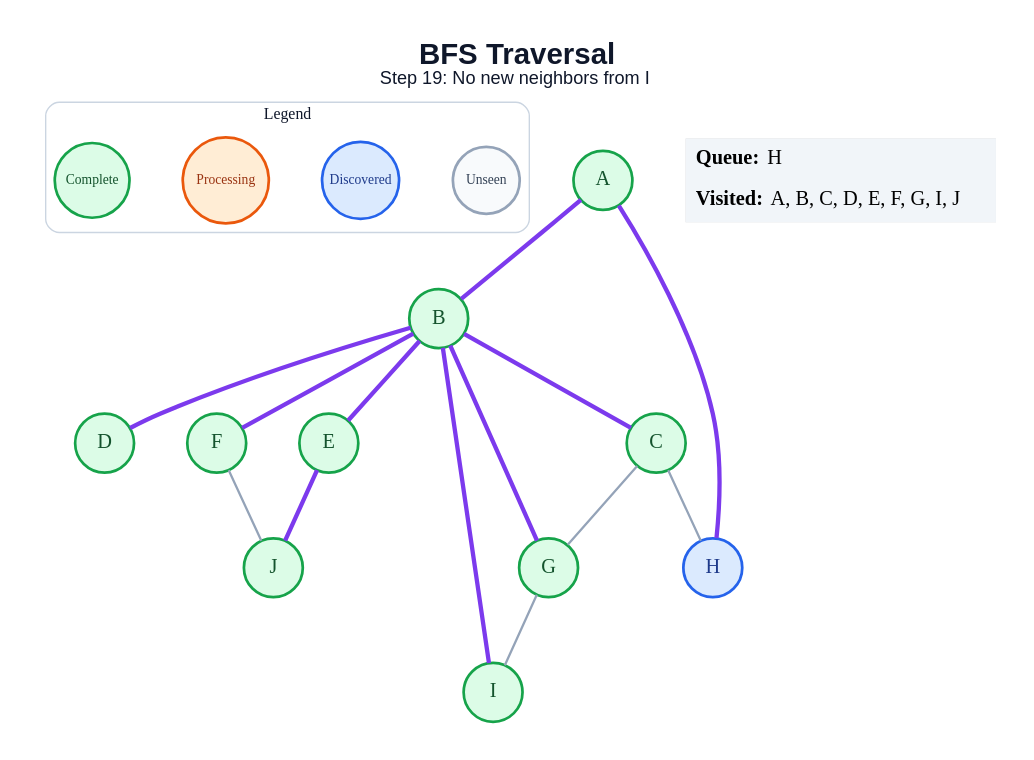
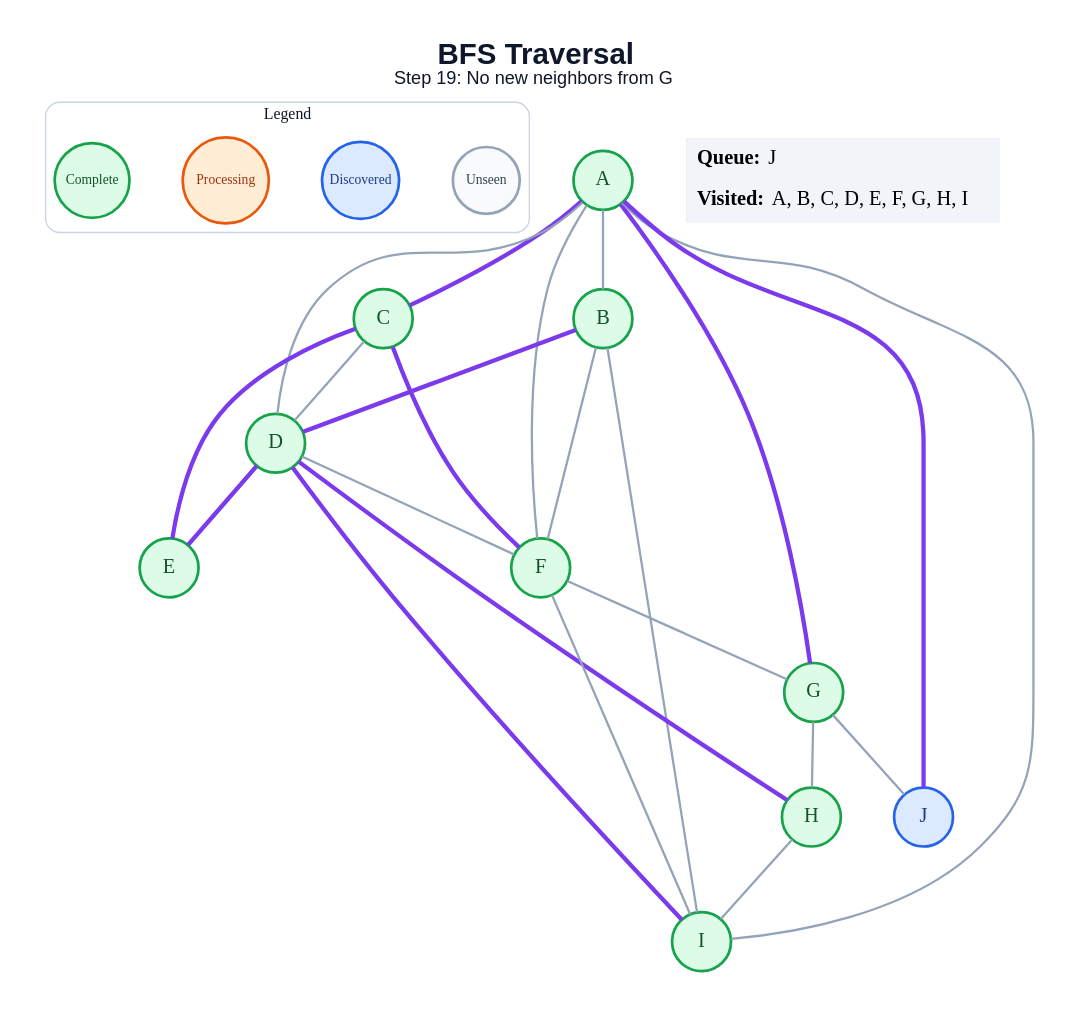
The diagram in generated/specific-node/bfs/step_19.dot (amanghodawala9/ai-slop), drawn with Graphviz before and after one commit. The commit also changed 178 other files, not shown here.

```diff
--- a/generated/specific-node/bfs/step_19.dot
+++ b/generated/specific-node/bfs/step_19.dot
@@ -1,42 +1,51 @@
 graph traversal {
   graph [layout=dot, rankdir=TB, bgcolor="#FFFFFF", pad="0.35", nodesep="0.65", ranksep="0.8", fontname="Arial"];
   node [shape=circle, style="filled", fontname="Arial Bold", fontsize=18, width=0.72, fixedsize=true, penwidth=2.4];
   edge [color="#94A3B8", penwidth=2.0];
-  label=<<B>BFS Traversal</B><BR/><FONT POINT-SIZE="16">Step 19: No new neighbors from I</FONT>>; labelloc="t"; fontsize=26; fontname="Arial"; fontcolor="#0F172A";
+  label=<<B>BFS Traversal</B><BR/><FONT POINT-SIZE="16">Step 19: No new neighbors from G</FONT>>; labelloc="t"; fontsize=26; fontname="Arial"; fontcolor="#0F172A";
   subgraph cluster_legend { label="Legend"; color="#CBD5E1"; penwidth=1.2; style="rounded"; fontsize=14; fontname="Arial Bold";
     key_unseen [label="Unseen", fillcolor="#F8FAFC", color="#94A3B8", fontcolor="#334155", fontsize=12, width=0.82];
     key_frontier [label="Discovered", fillcolor="#DBEAFE", color="#2563EB", fontcolor="#1E3A8A", fontsize=12, width=0.95];
     key_current [label="Processing", fillcolor="#FFEDD5", color="#EA580C", fontcolor="#9A3412", fontsize=12, width=1.05];
     key_done [label="Complete", fillcolor="#DCFCE7", color="#16A34A", fontcolor="#14532D", fontsize=12, width=0.92];
     { rank=same; key_unseen; key_frontier; key_current; key_done; }
   }
   A [fillcolor="#DCFCE7", color="#16A34A", fontcolor="#14532D"];
   B [fillcolor="#DCFCE7", color="#16A34A", fontcolor="#14532D"];
   C [fillcolor="#DCFCE7", color="#16A34A", fontcolor="#14532D"];
   D [fillcolor="#DCFCE7", color="#16A34A", fontcolor="#14532D"];
   E [fillcolor="#DCFCE7", color="#16A34A", fontcolor="#14532D"];
   F [fillcolor="#DCFCE7", color="#16A34A", fontcolor="#14532D"];
   G [fillcolor="#DCFCE7", color="#16A34A", fontcolor="#14532D"];
-  H [fillcolor="#DBEAFE", color="#2563EB", fontcolor="#1E3A8A"];
+  H [fillcolor="#DCFCE7", color="#16A34A", fontcolor="#14532D"];
   I [fillcolor="#DCFCE7", color="#16A34A", fontcolor="#14532D"];
-  J [fillcolor="#DCFCE7", color="#16A34A", fontcolor="#14532D"];
-  A -- B [color="#7C3AED", penwidth=3.8];
-  A -- H [color="#7C3AED", penwidth=3.8];
-  B -- C [color="#7C3AED", penwidth=3.8];
+  J [fillcolor="#DBEAFE", color="#2563EB", fontcolor="#1E3A8A"];
+  A -- B;
+  A -- C [color="#7C3AED", penwidth=3.8];
+  A -- D;
+  A -- F;
+  A -- G [color="#7C3AED", penwidth=3.8];
+  A -- I;
+  A -- J [color="#7C3AED", penwidth=3.8];
   B -- D [color="#7C3AED", penwidth=3.8];
-  B -- E [color="#7C3AED", penwidth=3.8];
-  B -- F [color="#7C3AED", penwidth=3.8];
-  B -- G [color="#7C3AED", penwidth=3.8];
-  B -- I [color="#7C3AED", penwidth=3.8];
-  C -- G;
-  C -- H;
-  E -- J [color="#7C3AED", penwidth=3.8];
-  F -- J;
-  G -- I;
+  B -- F;
+  B -- I;
+  C -- D;
+  C -- E [color="#7C3AED", penwidth=3.8];
+  C -- F [color="#7C3AED", penwidth=3.8];
+  D -- E [color="#7C3AED", penwidth=3.8];
+  D -- F;
+  D -- H [color="#7C3AED", penwidth=3.8];
+  D -- I [color="#7C3AED", penwidth=3.8];
+  F -- G;
+  F -- I;
+  G -- H;
+  G -- J;
+  H -- I;
   status [shape=plain, fixedsize=false, width=0, height=0, margin=0, label=<
     <TABLE BORDER="0" CELLBORDER="0" CELLPADDING="7" BGCOLOR="#F1F5F9">
-      <TR><TD ALIGN="LEFT"><B>Queue:</B> H</TD></TR>
-      <TR><TD ALIGN="LEFT"><B>Visited:</B> A, B, C, D, E, F, G, I, J</TD></TR>
+      <TR><TD ALIGN="LEFT"><B>Queue:</B> J</TD></TR>
+      <TR><TD ALIGN="LEFT"><B>Visited:</B> A, B, C, D, E, F, G, H, I</TD></TR>
     </TABLE>
   >];
 }
```
